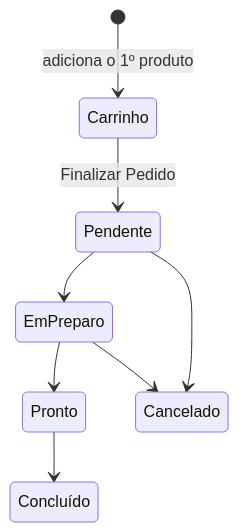
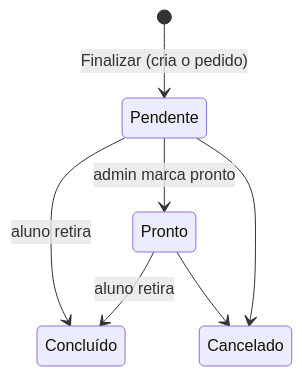
One commit to davimoraes678/Projeto-Cantina changed the second of 2 diagrams in backend/models/README.md. Above: the diagram before and after it, drawn with Mermaid. The commit also changed other lines of this file and 21 other files, not shown here.

First line of the commit message:
Carrinho passa a ser os ItemPedido sem pedido

````diff
--- a/backend/models/README.md
+++ b/backend/models/README.md
@@ -43,10 +51,9 @@
 ```mermaid
 stateDiagram-v2
-    [*] --> Carrinho: adiciona o 1º produto
-    Carrinho --> Pendente: Finalizar Pedido
-    Pendente --> EmPreparo
-    EmPreparo --> Pronto
-    Pronto --> Concluído
+    [*] --> Pendente: Finalizar (cria o pedido)
+    Pendente --> Pronto: admin marca pronto
+    Pronto --> Concluído: aluno retira
+    Pendente --> Concluído: aluno retira
     Pendente --> Cancelado
-    EmPreparo --> Cancelado
+    Pronto --> Cancelado
 ```
````
